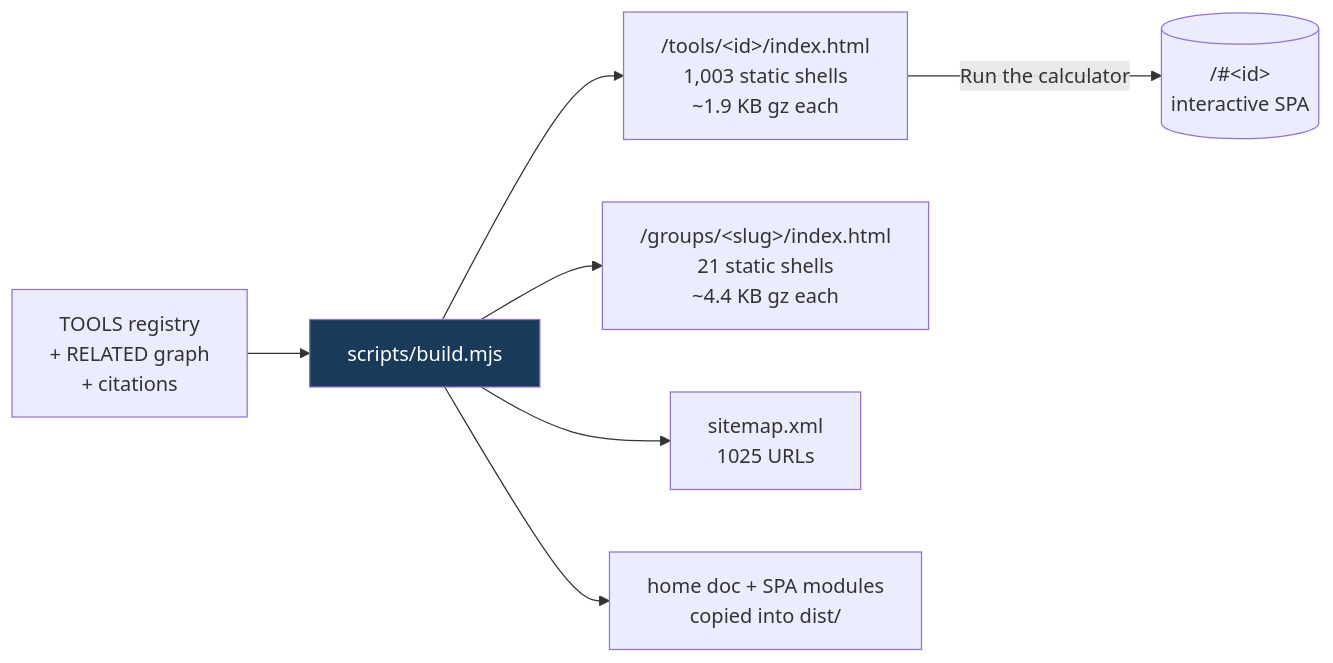
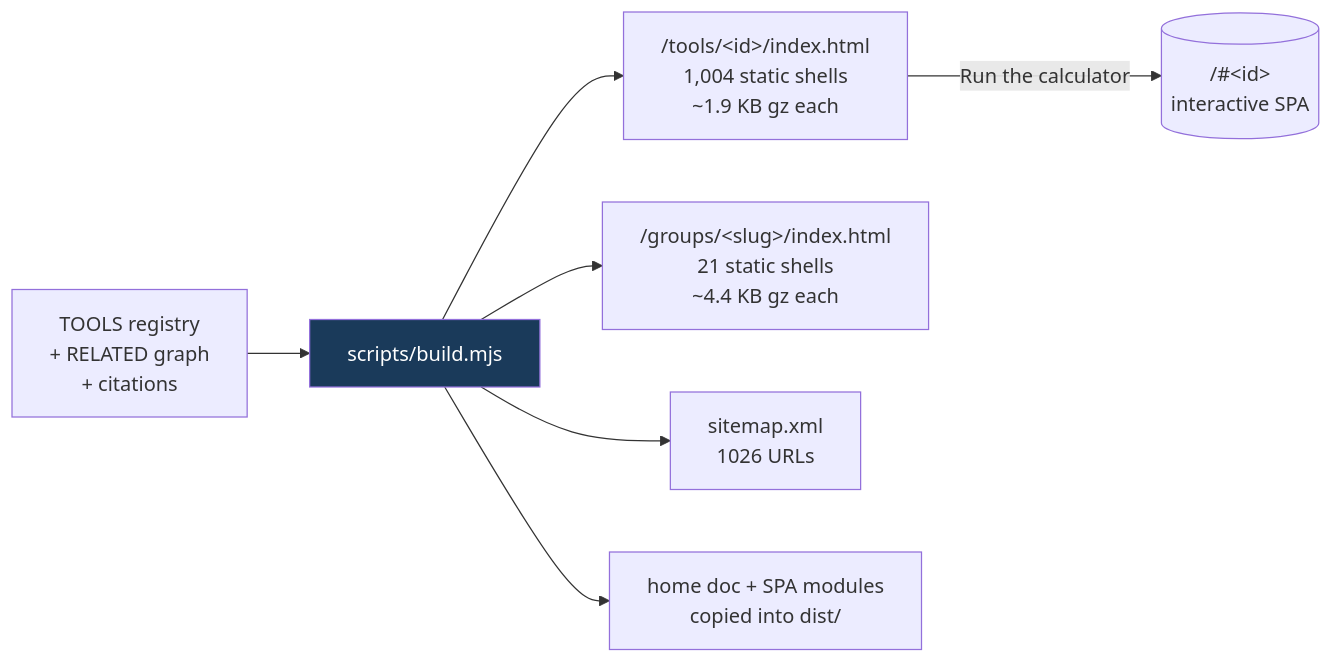
The fifth of 8 diagrams in README.md (clay-good/roughlogic.com), drawn with Mermaid before and after one commit. The commit also changed other lines of this file and 12 other files, not shown here.

````diff
--- a/README.md
+++ b/README.md
@@ -495,10 +495,10 @@
 ```mermaid
 flowchart LR
     SRC[TOOLS registry\n+ RELATED graph\n+ citations] --> BUILD[scripts/build.mjs]
-    BUILD --> TILE["/tools/&lt;id&gt;/index.html\n1,003 static shells\n~1.9 KB gz each"]
+    BUILD --> TILE["/tools/&lt;id&gt;/index.html\n1,004 static shells\n~1.9 KB gz each"]
     BUILD --> GROUP["/groups/&lt;slug&gt;/index.html\n21 static shells\n~4.4 KB gz each"]
-    BUILD --> MAP["sitemap.xml\n1025 URLs"]
+    BUILD --> MAP["sitemap.xml\n1026 URLs"]
     BUILD --> COPY[home doc + SPA modules\ncopied into dist/]
     TILE -->|Run the calculator| SPA[("/#&lt;id&gt;\ninteractive SPA")]
     style BUILD fill:#1a3a5a,color:#fff
 ```
````
